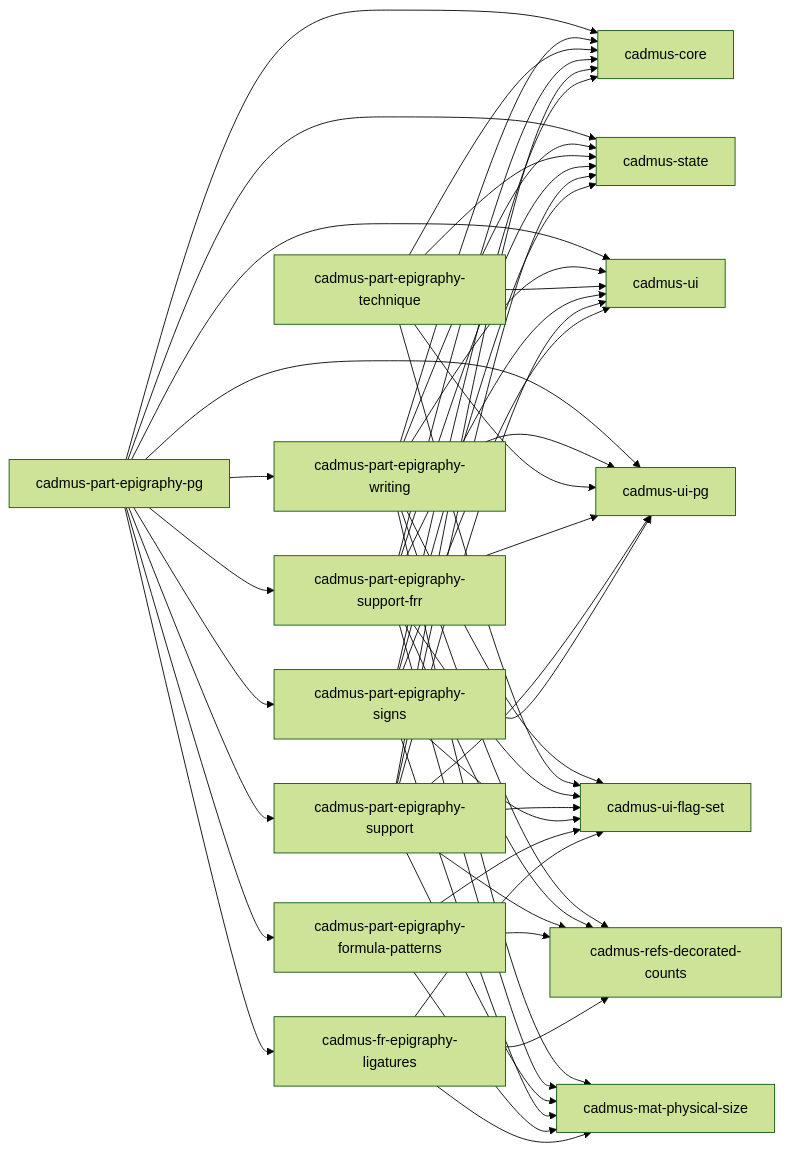
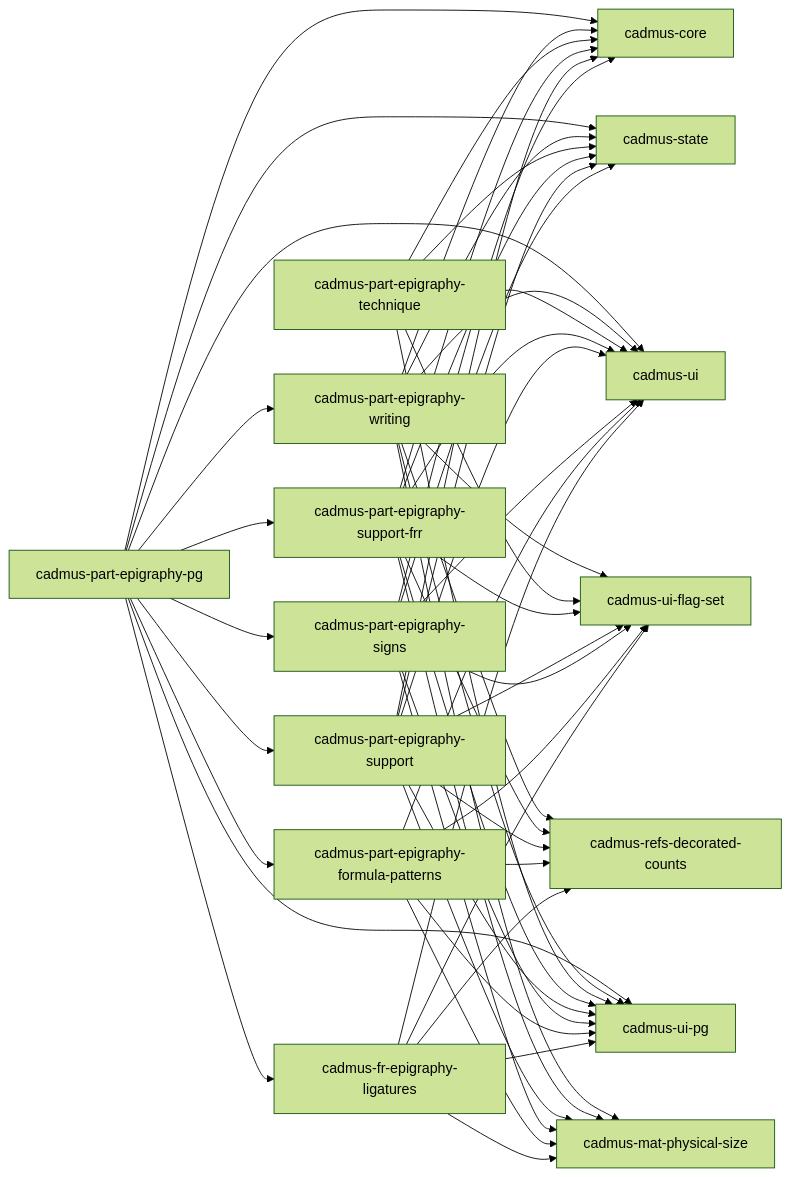
Before and after one commit to vedph/cadmus-doc: the diagram in frontend/epigraphy-shell.md, drawn with Mermaid (forest theme).

````diff
--- a/frontend/epigraphy-shell.md
+++ b/frontend/epigraphy-shell.md
@@ -12,51 +12,55 @@
 ```mermaid
 graph LR;
   cadmus-fr-epigraphy-ligatures --> cadmus-mat-physical-size
   cadmus-fr-epigraphy-ligatures --> cadmus-refs-decorated-counts
   cadmus-fr-epigraphy-ligatures --> cadmus-ui-flag-set
+  cadmus-fr-epigraphy-ligatures --> cadmus-ui
+  cadmus-fr-epigraphy-ligatures --> cadmus-ui-pg
   cadmus-part-epigraphy-formula-patterns --> cadmus-mat-physical-size
   cadmus-part-epigraphy-formula-patterns --> cadmus-refs-decorated-counts
   cadmus-part-epigraphy-formula-patterns --> cadmus-ui-flag-set
+  cadmus-part-epigraphy-formula-patterns --> cadmus-ui
+  cadmus-part-epigraphy-formula-patterns --> cadmus-ui-pg
   cadmus-part-epigraphy-signs --> cadmus-mat-physical-size
   cadmus-part-epigraphy-signs --> cadmus-ui-flag-set
   cadmus-part-epigraphy-signs --> cadmus-core
   cadmus-part-epigraphy-signs --> cadmus-state
   cadmus-part-epigraphy-signs --> cadmus-ui
   cadmus-part-epigraphy-signs --> cadmus-ui-pg
   cadmus-part-epigraphy-support --> cadmus-refs-decorated-counts
   cadmus-part-epigraphy-support --> cadmus-ui-flag-set
   cadmus-part-epigraphy-support --> cadmus-mat-physical-size
   cadmus-part-epigraphy-support --> cadmus-core
   cadmus-part-epigraphy-support --> cadmus-state
   cadmus-part-epigraphy-support --> cadmus-ui
   cadmus-part-epigraphy-support --> cadmus-ui-pg
   cadmus-part-epigraphy-support-frr --> cadmus-refs-decorated-counts
   cadmus-part-epigraphy-support-frr --> cadmus-ui-flag-set
   cadmus-part-epigraphy-support-frr --> cadmus-mat-physical-size
   cadmus-part-epigraphy-support-frr --> cadmus-core
   cadmus-part-epigraphy-support-frr --> cadmus-state
   cadmus-part-epigraphy-support-frr --> cadmus-ui
   cadmus-part-epigraphy-support-frr --> cadmus-ui-pg
   cadmus-part-epigraphy-technique --> cadmus-ui-flag-set
   cadmus-part-epigraphy-technique --> cadmus-core
   cadmus-part-epigraphy-technique --> cadmus-state
   cadmus-part-epigraphy-technique --> cadmus-ui
   cadmus-part-epigraphy-technique --> cadmus-ui-pg
   cadmus-part-epigraphy-writing --> cadmus-mat-physical-size
   cadmus-part-epigraphy-writing --> cadmus-refs-decorated-counts
   cadmus-part-epigraphy-writing --> cadmus-ui-flag-set
   cadmus-part-epigraphy-writing --> cadmus-core
   cadmus-part-epigraphy-writing --> cadmus-state
   cadmus-part-epigraphy-writing --> cadmus-ui
   cadmus-part-epigraphy-writing --> cadmus-ui-pg
   cadmus-part-epigraphy-pg --> cadmus-core
   cadmus-part-epigraphy-pg --> cadmus-state
   cadmus-part-epigraphy-pg --> cadmus-ui
   cadmus-part-epigraphy-pg --> cadmus-ui-pg
   cadmus-part-epigraphy-pg --> cadmus-part-epigraphy-support
   cadmus-part-epigraphy-pg --> cadmus-part-epigraphy-support-frr
   cadmus-part-epigraphy-pg --> cadmus-part-epigraphy-writing
   cadmus-part-epigraphy-pg --> cadmus-part-epigraphy-signs
   cadmus-part-epigraphy-pg --> cadmus-fr-epigraphy-ligatures
   cadmus-part-epigraphy-pg --> cadmus-part-epigraphy-formula-patterns
 ```
````
